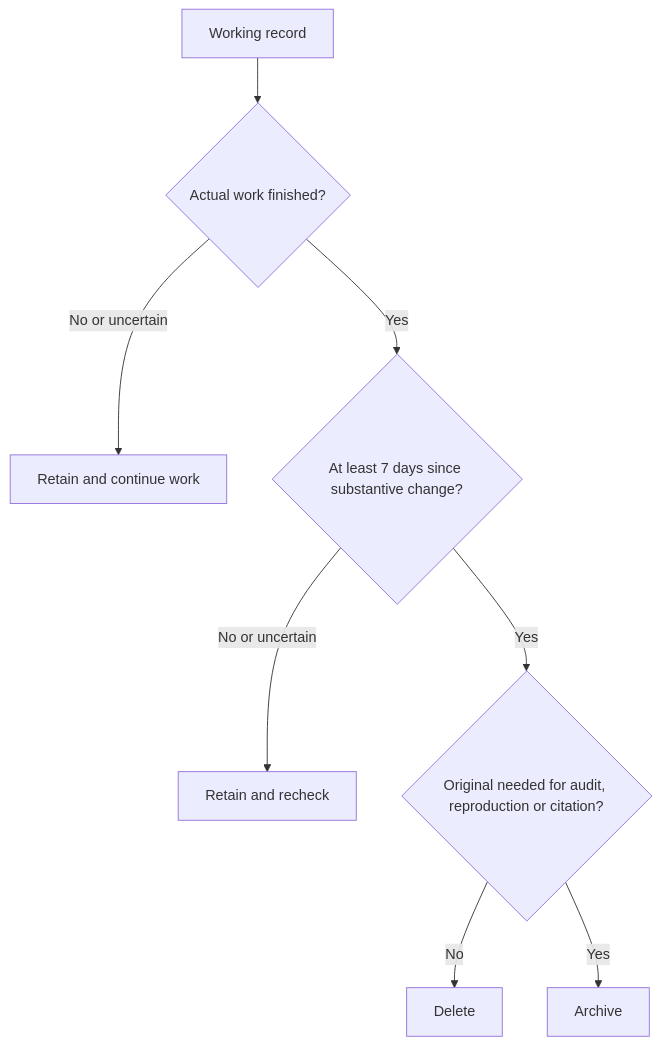
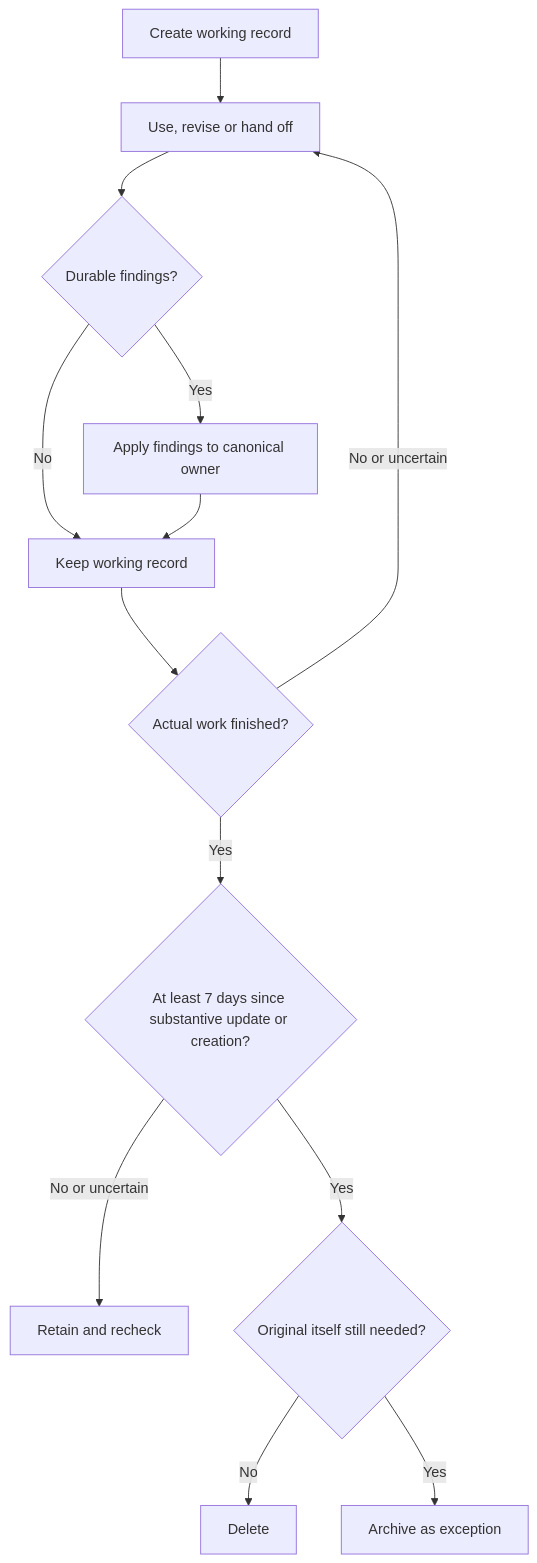
One commit to mols3131d/new-repository-template changed the second of 2 diagrams in .inbox/.configs/guides/lifecycle.md. Above: the diagram before and after it, drawn with Mermaid. The commit also changed other lines of this file and 2 other files, not shown here.

````diff
--- a/.inbox/.configs/guides/lifecycle.md
+++ b/.inbox/.configs/guides/lifecycle.md
@@ -36,10 +36,15 @@
 ```mermaid
 flowchart TD
-    A["Working record"] --> B{"Actual work finished?"}
-    B -->|No or uncertain| C["Retain and continue work"]
-    B -->|Yes| D{"At least 7 days since substantive change?"}
-    D -->|No or uncertain| E["Retain and recheck"]
-    D -->|Yes| F{"Original needed for audit, reproduction or citation?"}
-    F -->|No| G["Delete"]
-    F -->|Yes| H["Archive"]
+    A["Create working record"] --> B["Use, revise or hand off"]
+    B --> C{"Durable findings?"}
+    C -->|Yes| D["Apply findings to canonical owner"]
+    C -->|No| E["Keep working record"]
+    D --> E
+    E --> F{"Actual work finished?"}
+    F -->|No or uncertain| B
+    F -->|Yes| G{"At least 7 days since substantive update or creation?"}
+    G -->|No or uncertain| H["Retain and recheck"]
+    G -->|Yes| I{"Original itself still needed?"}
+    I -->|No| J["Delete"]
+    I -->|Yes| K["Archive as exception"]
 ```
````
